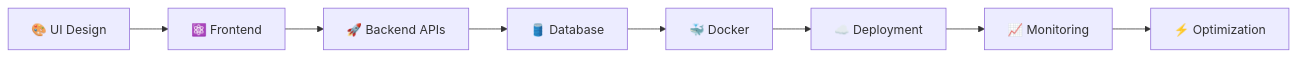
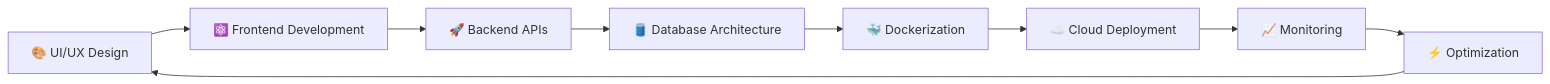
One commit to Aviral-1/Aviral-1 changed the first of 2 diagrams in README.md. Above: the diagram before and after it, drawn with Mermaid. The commit also changed other lines of this file, not shown here.

````diff
--- a/README.md
+++ b/README.md
@@ -146,11 +291,12 @@
 ```mermaid
 flowchart LR
 
-A[🎨 UI Design] --> B[⚛️ Frontend]
+A[🎨 UI/UX Design] --> B[⚛️ Frontend Development]
 B --> C[🚀 Backend APIs]
-C --> D[🛢️ Database]
-D --> E[🐳 Docker]
-E --> F[☁️ Deployment]
+C --> D[🛢️ Database Architecture]
+D --> E[🐳 Dockerization]
+E --> F[☁️ Cloud Deployment]
 F --> G[📈 Monitoring]
 G --> H[⚡ Optimization]
+H --> A
 ```
````
